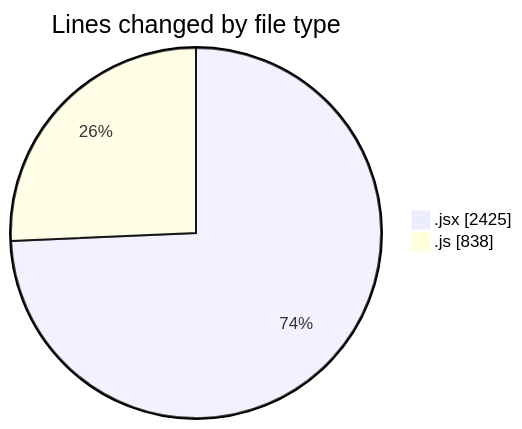
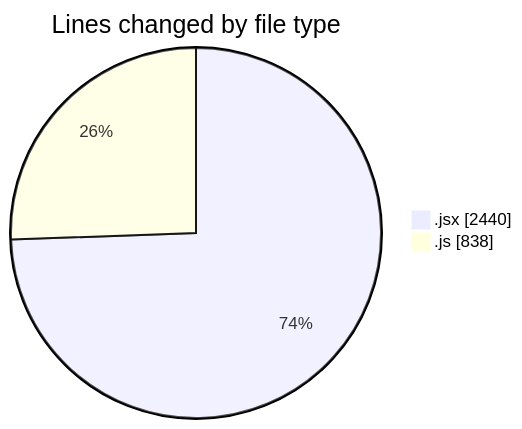
The first of 2 diagrams in 2025-09-22/nxtqube_webapp/README.md (nxtqubesakshisongat/code-tracking), drawn with Mermaid before and after one commit. The commit also changed other lines of this file and 1 other file, not shown here.

````diff
--- a/2025-09-22/nxtqube_webapp/README.md
+++ b/2025-09-22/nxtqube_webapp/README.md
@@ -22,6 +22,6 @@
 ```mermaid
 pie showData
 title Lines changed by file type
-".jsx" : 2425
+".jsx" : 2440
 ".js" : 838
 ```
````
